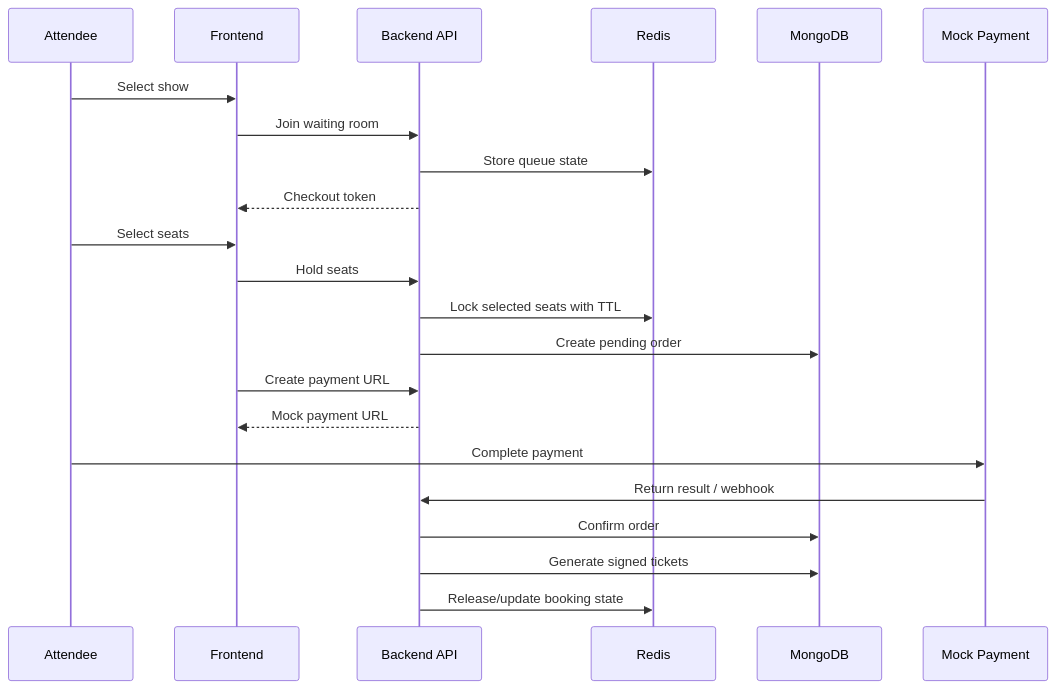
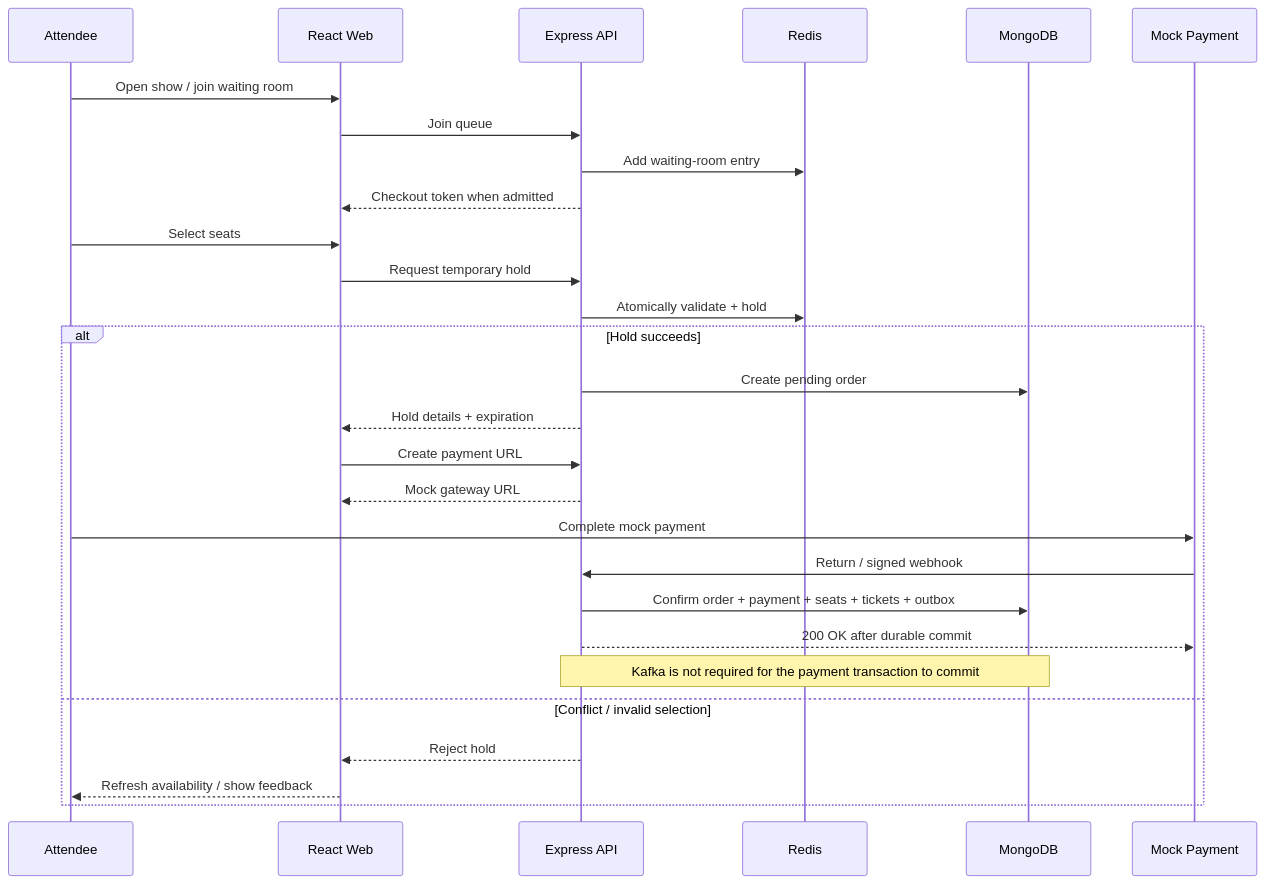
Before and after one commit to psang39/tickify: the second of 3 diagrams in README.md, drawn with Mermaid. The commit also changed other lines of this file, not shown here.

````diff
--- a/README.md
+++ b/README.md
@@ -175,28 +267,33 @@
 ```mermaid
 sequenceDiagram
-    participant User as Attendee
-    participant Web as Frontend
-    participant API as Backend API
-    participant Redis as Redis
-    participant DB as MongoDB
-    participant Pay as Mock Payment
+    participant U as Attendee
+    participant W as React Web
+    participant A as Express API
+    participant R as Redis
+    participant D as MongoDB
+    participant P as Mock Payment
 
-    User->>Web: Select show
-    Web->>API: Join waiting room
-    API->>Redis: Store queue state
-    API-->>Web: Checkout token
+    U->>W: Open show / join waiting room
+    W->>A: Join queue
+    A->>R: Add waiting-room entry
+    A-->>W: Checkout token when admitted
 
-    User->>Web: Select seats
-    Web->>API: Hold seats
-    API->>Redis: Lock selected seats with TTL
-    API->>DB: Create pending order
+    U->>W: Select seats
+    W->>A: Request temporary hold
+    A->>R: Atomically validate + hold
 
-    Web->>API: Create payment URL
-    API-->>Web: Mock payment URL
-    User->>Pay: Complete payment
-    Pay->>API: Return result / webhook
-
-    API->>DB: Confirm order
-    API->>DB: Generate signed tickets
-    API->>Redis: Release/update booking state
+    alt Hold succeeds
+        A->>D: Create pending order
+        A-->>W: Hold details + expiration
+        W->>A: Create payment URL
+        A-->>W: Mock gateway URL
+        U->>P: Complete mock payment
+        P->>A: Return / signed webhook
+        A->>D: Confirm order + payment + seats + tickets + outbox
+        A-->>P: 200 OK after durable commit
+        Note over A,D: Kafka is not required for the payment transaction to commit
+    else Conflict / invalid selection
+        A-->>W: Reject hold
+        W-->>U: Refresh availability / show feedback
+    end
 ```
````
